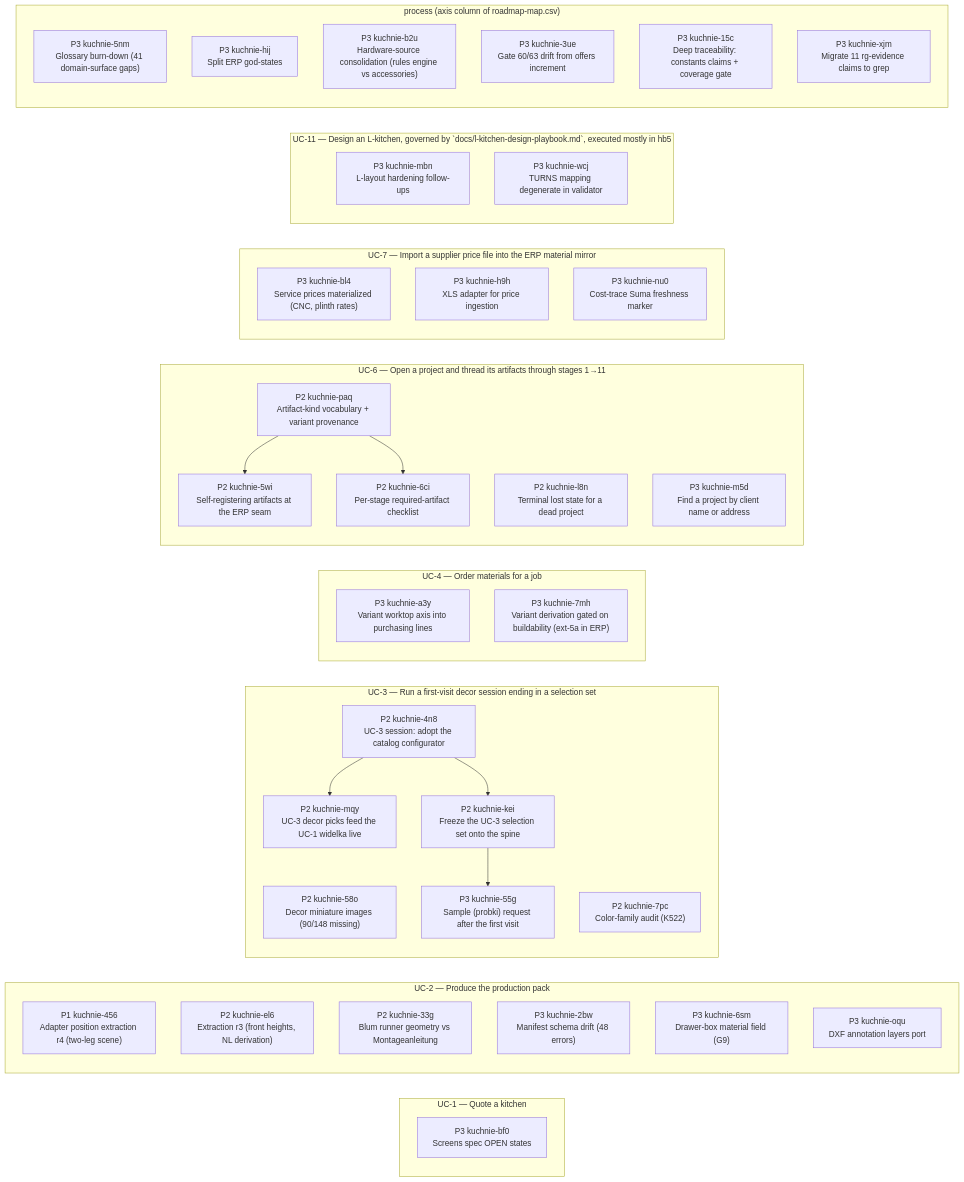
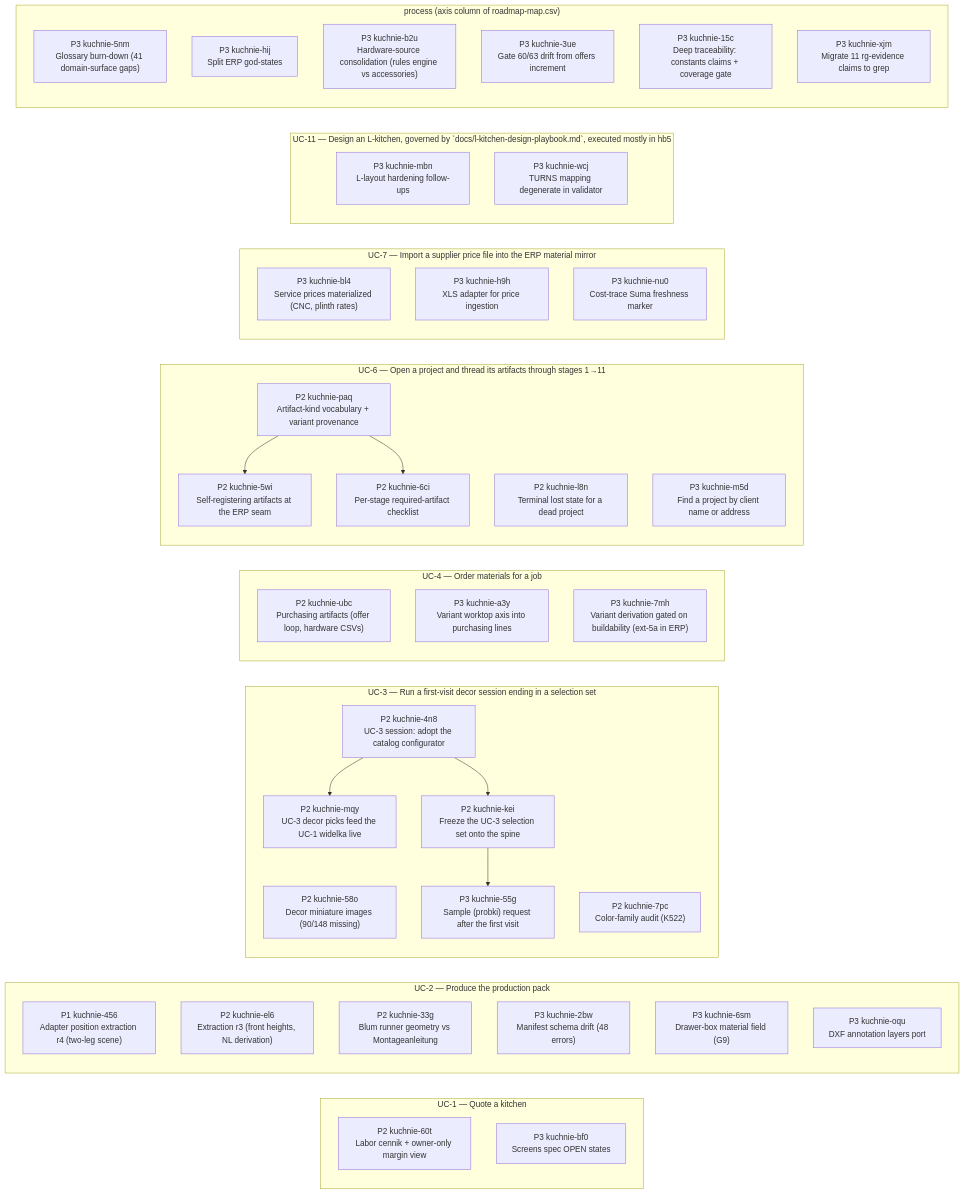
One commit to m1981/kuchnie changed the second of 2 diagrams in STATUS.md. Above: the diagram before and after it, drawn with Mermaid. The commit also changed other lines of this file and 2 other files, not shown here.

````diff
--- a/STATUS.md
+++ b/STATUS.md
@@ -198,55 +206,57 @@
 ```mermaid
 flowchart LR
     subgraph gUC_1 ["UC-1 — Quote a kitchen"]
+        u_kuchnie_60t["P2 kuchnie-60t<br/>Labor cennik + owner-only margin view"]
         u_kuchnie_bf0["P3 kuchnie-bf0<br/>Screens spec OPEN states"]
     end
     subgraph gUC_2 ["UC-2 — Produce the production pack"]
         u_kuchnie_456["P1 kuchnie-456<br/>Adapter position extraction r4 (two-leg scene)"]
         u_kuchnie_el6["P2 kuchnie-el6<br/>Extraction r3 (front heights, NL derivation)"]
         u_kuchnie_33g["P2 kuchnie-33g<br/>Blum runner geometry vs Montageanleitung"]
         u_kuchnie_2bw["P3 kuchnie-2bw<br/>Manifest schema drift (48 errors)"]
         u_kuchnie_6sm["P3 kuchnie-6sm<br/>Drawer-box material field (G9)"]
         u_kuchnie_oqu["P3 kuchnie-oqu<br/>DXF annotation layers port"]
     end
     subgraph gUC_3 ["UC-3 — Run a first-visit decor session ending in a selection set"]
         u_kuchnie_58o["P2 kuchnie-58o<br/>Decor miniature images (90/148 missing)"]
         u_kuchnie_7pc["P2 kuchnie-7pc<br/>Color-family audit (K522)"]
         u_kuchnie_4n8["P2 kuchnie-4n8<br/>UC-3 session: adopt the catalog configurator"]
         u_kuchnie_kei["P2 kuchnie-kei<br/>Freeze the UC-3 selection set onto the spine"]
         u_kuchnie_mqy["P2 kuchnie-mqy<br/>UC-3 decor picks feed the UC-1 widelka live"]
         u_kuchnie_55g["P3 kuchnie-55g<br/>Sample (probki) request after the first visit"]
     end
     subgraph gUC_4 ["UC-4 — Order materials for a job"]
+        u_kuchnie_ubc["P2 kuchnie-ubc<br/>Purchasing artifacts (offer loop, hardware CSVs)"]
         u_kuchnie_a3y["P3 kuchnie-a3y<br/>Variant worktop axis into purchasing lines"]
         u_kuchnie_7mh["P3 kuchnie-7mh<br/>Variant derivation gated on buildability (ext-5a in ERP)"]
     end
     subgraph gUC_6 ["UC-6 — Open a project and thread its artifacts through stages 1→11"]
         u_kuchnie_paq["P2 kuchnie-paq<br/>Artifact-kind vocabulary + variant provenance"]
         u_kuchnie_6ci["P2 kuchnie-6ci<br/>Per-stage required-artifact checklist"]
         u_kuchnie_5wi["P2 kuchnie-5wi<br/>Self-registering artifacts at the ERP seam"]
         u_kuchnie_l8n["P2 kuchnie-l8n<br/>Terminal lost state for a dead project"]
         u_kuchnie_m5d["P3 kuchnie-m5d<br/>Find a project by client name or address"]
     end
     subgraph gUC_7 ["UC-7 — Import a supplier price file into the ERP material mirror"]
         u_kuchnie_bl4["P3 kuchnie-bl4<br/>Service prices materialized (CNC, plinth rates)"]
         u_kuchnie_h9h["P3 kuchnie-h9h<br/>XLS adapter for price ingestion"]
         u_kuchnie_nu0["P3 kuchnie-nu0<br/>Cost-trace Suma freshness marker"]
     end
     subgraph gUC_11 ["UC-11 — Design an L-kitchen, governed by `docs/l-kitchen-design-playbook.md`, executed mostly in hb5"]
         u_kuchnie_mbn["P3 kuchnie-mbn<br/>L-layout hardening follow-ups"]
         u_kuchnie_wcj["P3 kuchnie-wcj<br/>TURNS mapping degenerate in validator"]
     end
     subgraph g_none ["process (axis column of roadmap-map.csv)"]
         u_kuchnie_5nm["P3 kuchnie-5nm<br/>Glossary burn-down (41 domain-surface gaps)"]
         u_kuchnie_hij["P3 kuchnie-hij<br/>Split ERP god-states"]
         u_kuchnie_b2u["P3 kuchnie-b2u<br/>Hardware-source consolidation (rules engine vs accessories)"]
         u_kuchnie_3ue["P3 kuchnie-3ue<br/>Gate 60/63 drift from offers increment"]
         u_kuchnie_15c["P3 kuchnie-15c<br/>Deep traceability: constants claims + coverage gate"]
         u_kuchnie_xjm["P3 kuchnie-xjm<br/>Migrate 11 rg-evidence claims to grep"]
     end
     u_kuchnie_paq --> u_kuchnie_5wi
     u_kuchnie_paq --> u_kuchnie_6ci
     u_kuchnie_4n8 --> u_kuchnie_mqy
     u_kuchnie_4n8 --> u_kuchnie_kei
     u_kuchnie_kei --> u_kuchnie_55g
 ```
````
